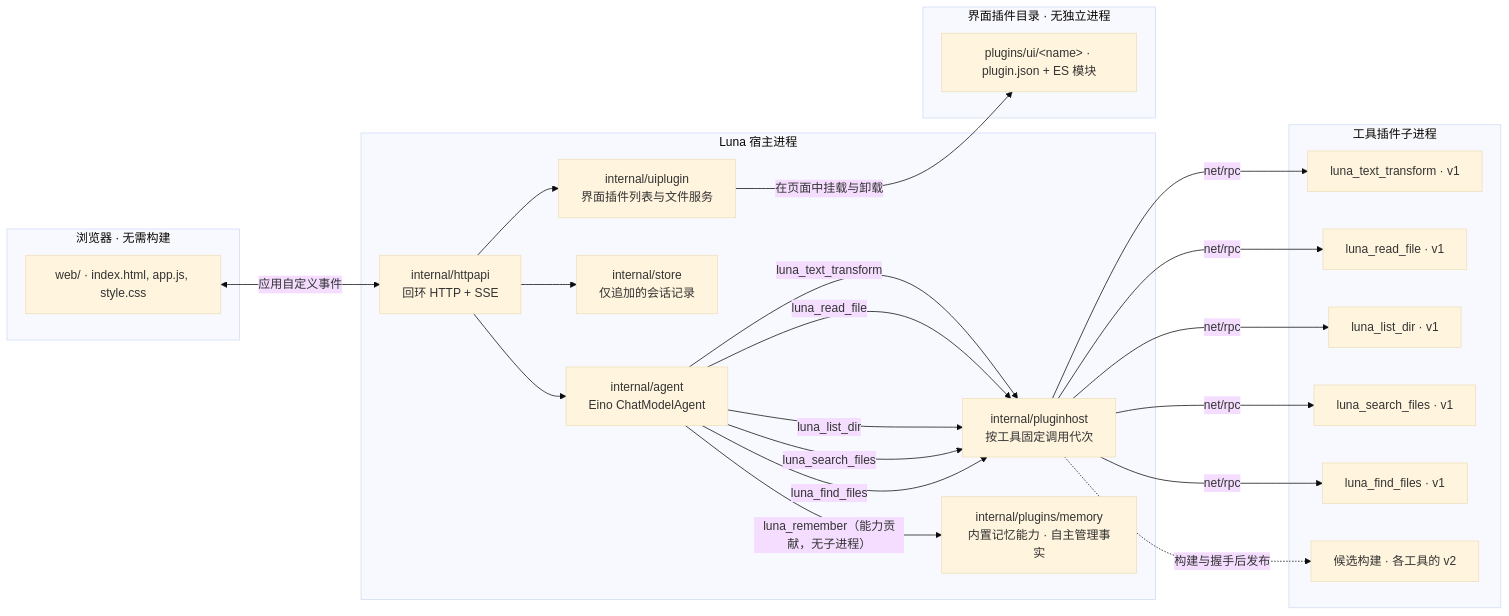
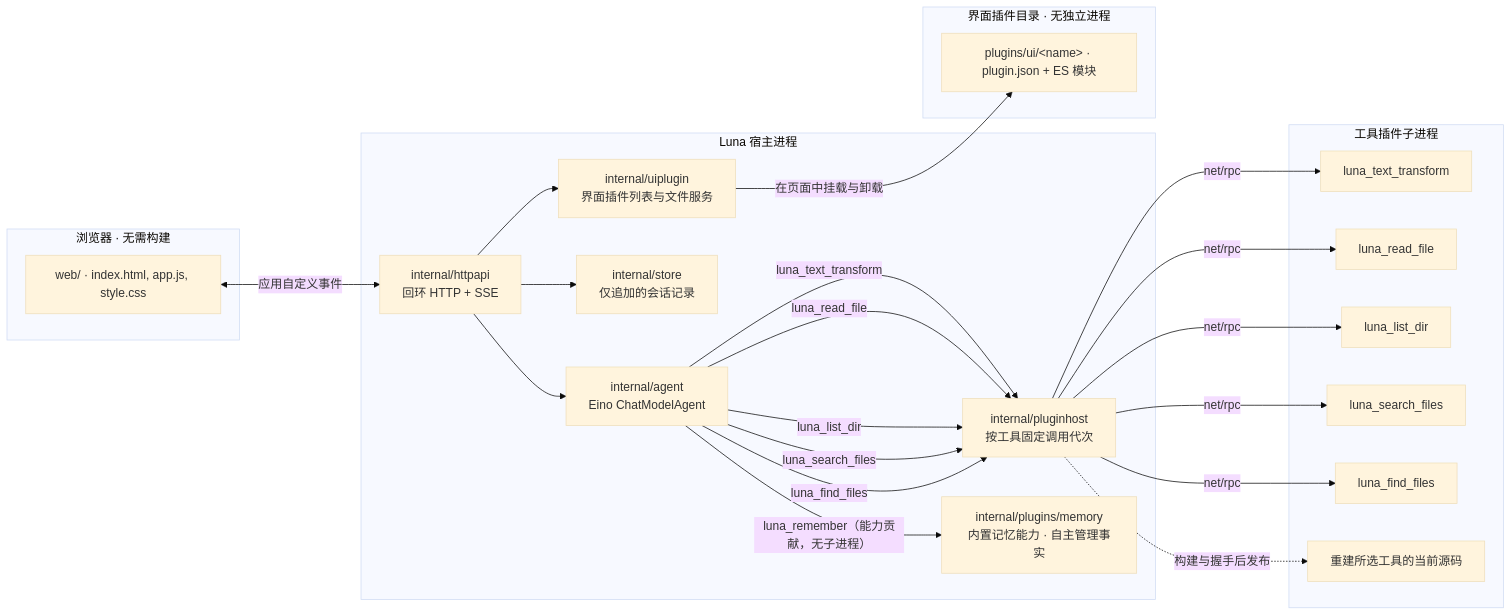
The diagram in README.md (Qaraku/luna-agent), drawn with Mermaid (base theme) before and after one commit. The commit also changed other lines of this file and 4 other files, not shown here.

````diff
--- a/README.md
+++ b/README.md
@@ -15,46 +15,46 @@
 ```mermaid
 flowchart LR
     subgraph Browser["浏览器 · 无需构建"]
         UI["web/ · index.html, app.js, style.css"]
     end
 
     subgraph Host["Luna 宿主进程"]
         API["internal/httpapi<br/>回环 HTTP + SSE"]
         Agent["internal/agent<br/>Eino ChatModelAgent"]
         PH["internal/pluginhost<br/>按工具固定调用代次"]
         Mem["internal/plugins/memory<br/>内置记忆能力 · 自主管理事实"]
         Store["internal/store<br/>仅追加的会话记录"]
         UIP["internal/uiplugin<br/>界面插件列表与文件服务"]
     end
 
     subgraph Plugins["工具插件子进程"]
-        T1["luna_text_transform · v1"]
-        R1["luna_read_file · v1"]
-        D1["luna_list_dir · v1"]
-        S1["luna_search_files · v1"]
-        F1["luna_find_files · v1"]
-        C["候选构建 · 各工具的 v2"]
+        T1["luna_text_transform"]
+        R1["luna_read_file"]
+        D1["luna_list_dir"]
+        S1["luna_search_files"]
+        F1["luna_find_files"]
+        C["重建所选工具的当前源码"]
     end
 
     subgraph UIPlugins["界面插件目录 · 无独立进程"]
         UIPlug["plugins/ui/&lt;name&gt; · plugin.json + ES 模块"]
     end
 
     UI <-->|"应用自定义事件"| API
     API --> Agent
     API --> Store
     API --> UIP
     Agent -->|"luna_remember（能力贡献，无子进程）"| Mem
     Agent -->|"luna_text_transform"| PH
     Agent -->|"luna_read_file"| PH
     Agent -->|"luna_list_dir"| PH
     Agent -->|"luna_search_files"| PH
     Agent -->|"luna_find_files"| PH
     PH -->|"net/rpc"| T1
     PH -->|"net/rpc"| R1
     PH -->|"net/rpc"| D1
     PH -->|"net/rpc"| S1
     PH -->|"net/rpc"| F1
     PH -.->|"构建与握手后发布"| C
     UIP -->|"在页面中挂载与卸载"| UIPlug
 ```
````
